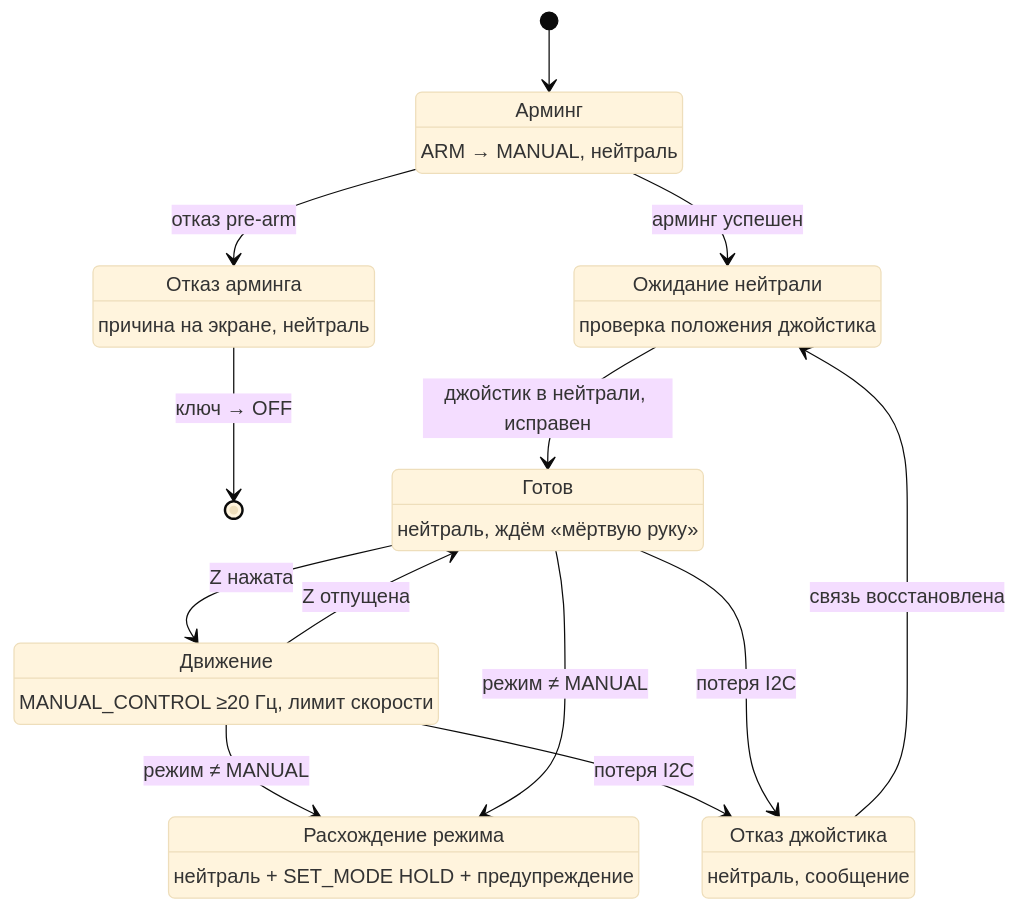
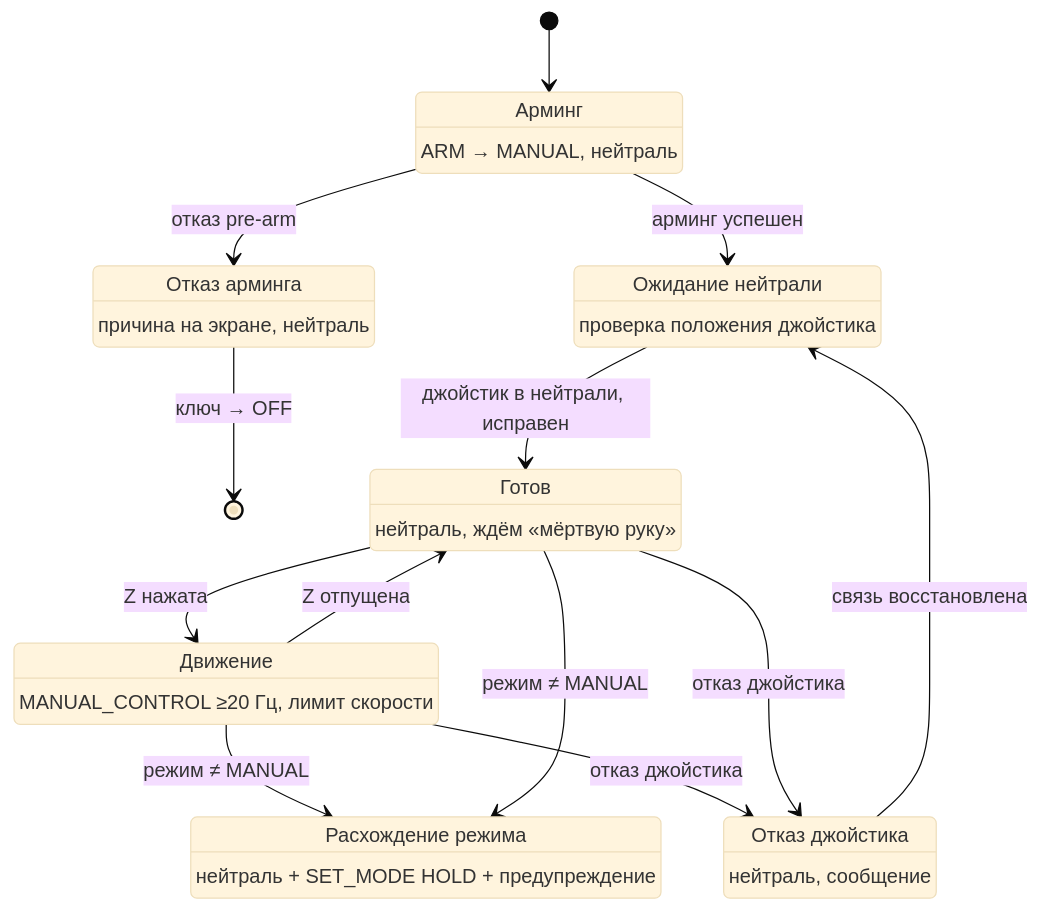
Before and after one commit to antonzavoychinskiy/Yellow-tracktor: the second of 4 diagrams in remote/ESP32_модуль_управления_требования.md, drawn with Mermaid (base theme). The commit also changed other lines of this file and 43 other files, not shown here.

````diff
--- a/remote/ESP32_модуль_управления_требования.md
+++ b/remote/ESP32_модуль_управления_требования.md
@@ -508,35 +524,35 @@
 ```mermaid
 stateDiagram-v2
     [*] --> Arming
     Arming: Арминг
     Arming: ARM → MANUAL, нейтраль
 
     Arming --> ArmFailed: отказ pre-arm
     ArmFailed: Отказ арминга
     ArmFailed: причина на экране, нейтраль
     ArmFailed --> [*]: ключ → OFF
 
     Arming --> WaitNeutral: арминг успешен
     WaitNeutral: Ожидание нейтрали
     WaitNeutral: проверка положения джойстика
 
     WaitNeutral --> Ready: джойстик в нейтрали, исправен
     Ready: Готов
     Ready: нейтраль, ждём «мёртвую руку»
 
     Ready --> Drive: Z нажата
     Drive: Движение
     Drive: MANUAL_CONTROL ≥20 Гц, лимит скорости
 
     Drive --> Ready: Z отпущена
     Drive --> ModeLost: режим ≠ MANUAL
     Ready --> ModeLost: режим ≠ MANUAL
     ModeLost: Расхождение режима
     ModeLost: нейтраль + SET_MODE HOLD + предупреждение
 
-    Drive --> JoyFault: потеря I2C
-    Ready --> JoyFault: потеря I2C
+    Drive --> JoyFault: отказ джойстика
+    Ready --> JoyFault: отказ джойстика
     JoyFault: Отказ джойстика
     JoyFault: нейтраль, сообщение
     JoyFault --> WaitNeutral: связь восстановлена
 ```
````
